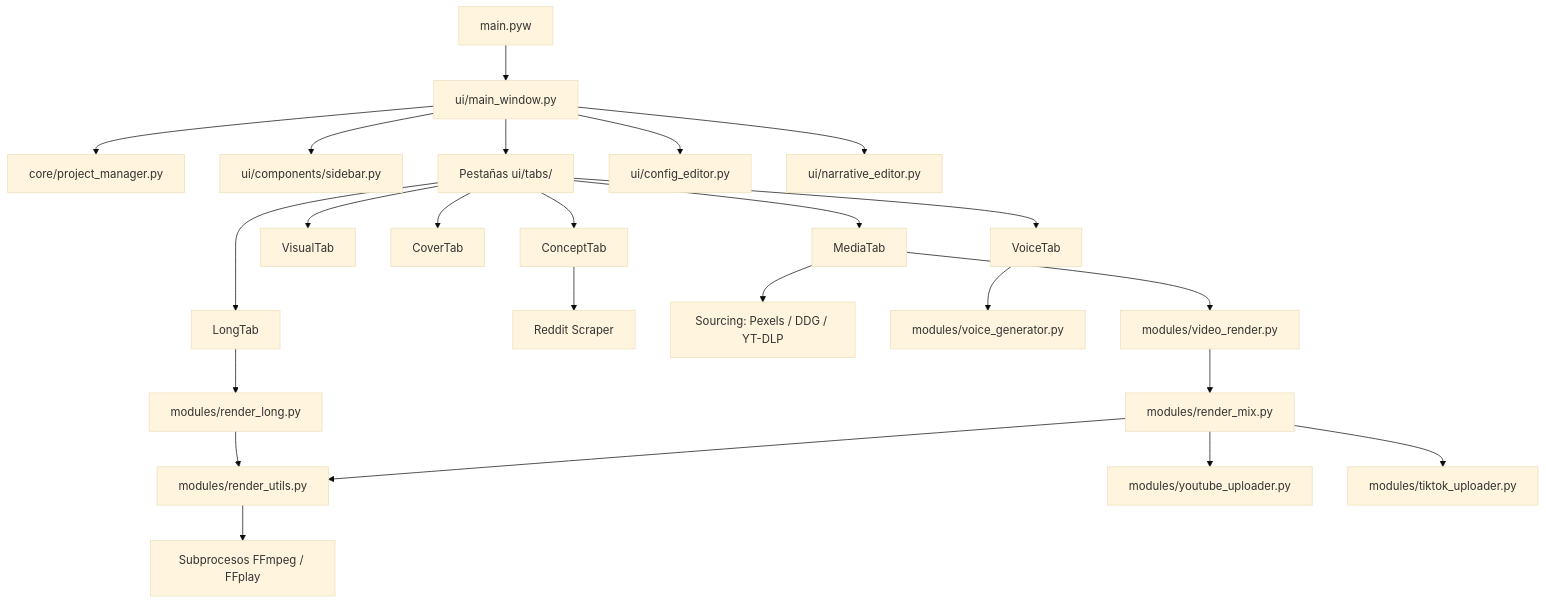
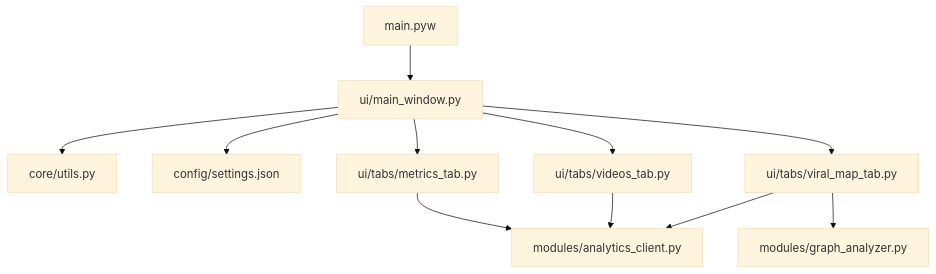
One commit to EmmanuelTejedaTejeda/redsilenceapp changed the diagram in Analisis_Completo.md. Above: the diagram before and after it, drawn with Mermaid (base theme). The commit also changed other lines of this file and 48 other files, not shown here.

Commit message:
docs y reestructuracion: simplificar modulos, añadir metricas, videos y mapa viral

````diff
--- a/Analisis_Completo.md
+++ b/Analisis_Completo.md
@@ -10,31 +10,13 @@
 ```mermaid
 graph TD
     main[main.pyw] --> UI[ui/main_window.py]
-    UI --> PM[core/project_manager.py]
-    UI --> Sidebar[ui/components/sidebar.py]
-    UI --> Tabs[Pestañas ui/tabs/]
-    UI --> Config[ui/config_editor.py]
-    UI --> Narr[ui/narrative_editor.py]
-    
-    Tabs --> Concept[ConceptTab]
-    Tabs --> Visuals[VisualTab]
-    Tabs --> Cover[CoverTab]
-    Tabs --> Voice[VoiceTab]
-    Tabs --> Media[MediaTab]
-    Tabs --> Long[LongTab]
-    
-    Concept --> Scraper[Reddit Scraper]
-    Media --> Sourcing[Sourcing: Pexels / DDG / YT-DLP]
-    Voice --> VG[modules/voice_generator.py]
-    
-    Media --> VR[modules/video_render.py]
-    Long --> RL[modules/render_long.py]
-    
-    VR --> RM[modules/render_mix.py]
-    RM --> RU[modules/render_utils.py]
-    RL --> RU
-    
-    RU --> FFmpeg[Subprocesos FFmpeg / FFplay]
-    RM --> YT[modules/youtube_uploader.py]
-    RM --> TT[modules/tiktok_uploader.py]
+    UI --> Utils[core/utils.py]
+    UI --> Settings[config/settings.json]
+    UI --> MetricsTab[ui/tabs/metrics_tab.py]
+    UI --> VideosTab[ui/tabs/videos_tab.py]
+    UI --> ViralMapTab[ui/tabs/viral_map_tab.py]
+    MetricsTab --> Analytics[modules/analytics_client.py]
+    VideosTab --> Analytics
+    ViralMapTab --> Analytics
+    ViralMapTab --> GraphAnalyzer[modules/graph_analyzer.py]
 ```
````
